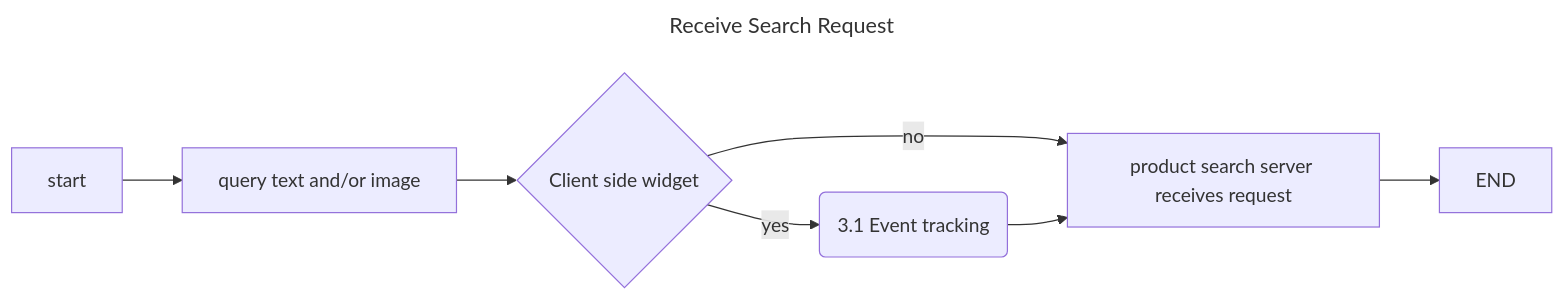
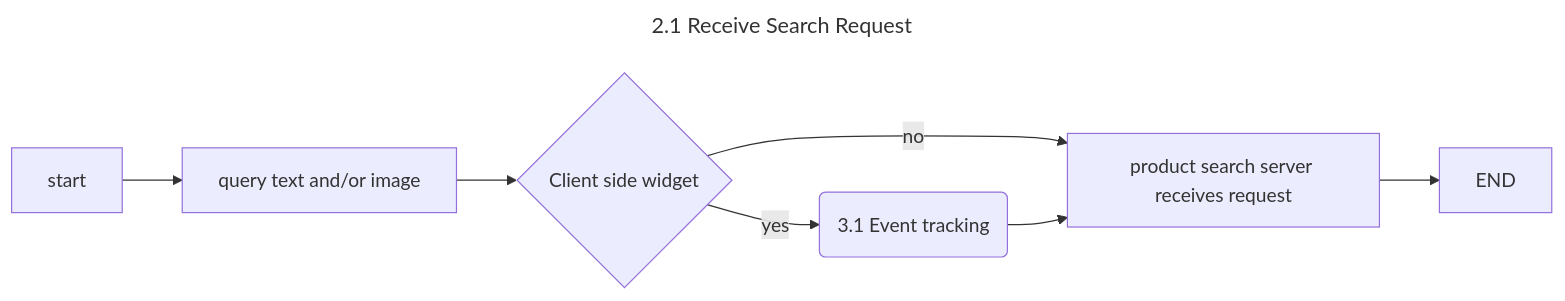
Before and after one commit to zchangvs/diagram: the diagram in 2_1_Receive_search_request.md, drawn with Mermaid.

````diff
--- a/2_1_Receive_search_request.md
+++ b/2_1_Receive_search_request.md
@@ -1,12 +1,12 @@
 ```mermaid
 ---
-title: Receive Search Request
+title: 2.1 Receive Search Request
 ---
 flowchart LR
     ST[start] --> QU[query text and/or image]
     QU --> WI{Client side widget}
     WI --> |yes| ET(3.1 Event tracking)
     WI --> |no| PS[product search server receives request]
     ET --> PS
     PS --> EN[END]
 ```
````
